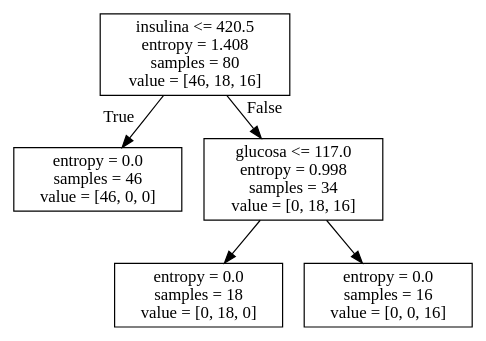
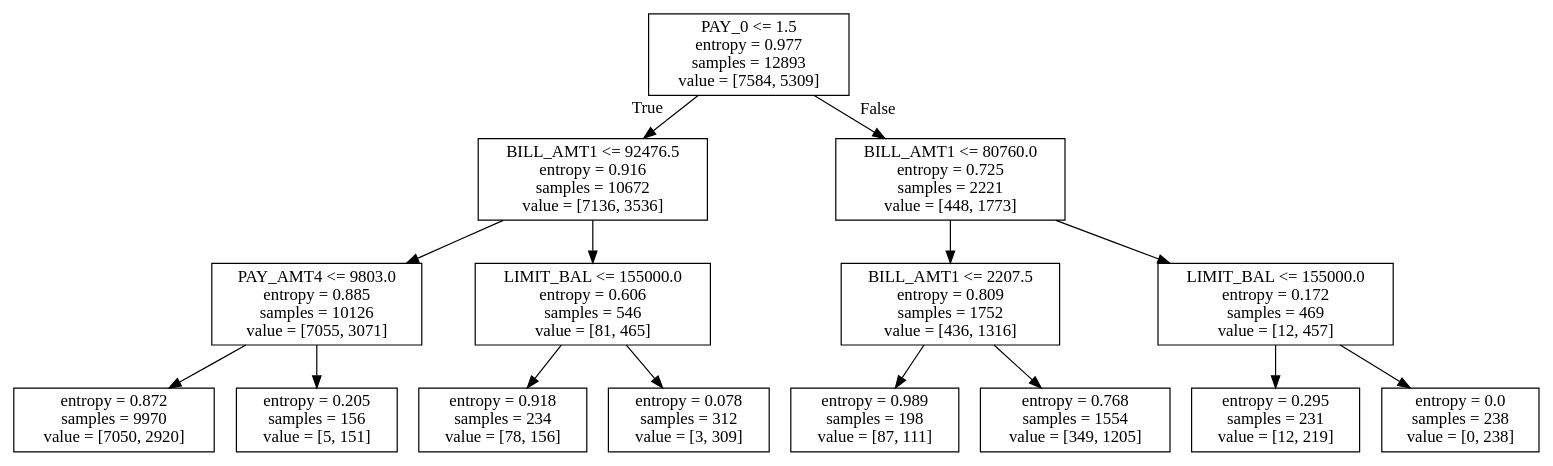
Before and after one commit to DiegoLeon23/SDC-PythonDataScience: the diagram in data/diabetes_dtree.dot, drawn with Graphviz. The commit also changed 5 other files, not shown here.

```diff
--- a/data/diabetes_dtree.dot
+++ b/data/diabetes_dtree.dot
@@ -1,12 +1,32 @@
 digraph Tree {
 node [shape=box] ;
-0 [label="insulina <= 420.5\nentropy = 1.408\nsamples = 80\nvalue = [46, 18, 16]"] ;
-1 [label="entropy = 0.0\nsamples = 46\nvalue = [46, 0, 0]"] ;
+0 [label="PAY_0 <= 1.5\nentropy = 0.977\nsamples = 12893\nvalue = [7584, 5309]"] ;
+1 [label="BILL_AMT1 <= 92476.5\nentropy = 0.916\nsamples = 10672\nvalue = [7136, 3536]"] ;
 0 -> 1 [labeldistance=2.5, labelangle=45, headlabel="True"] ;
-2 [label="glucosa <= 117.0\nentropy = 0.998\nsamples = 34\nvalue = [0, 18, 16]"] ;
-0 -> 2 [labeldistance=2.5, labelangle=-45, headlabel="False"] ;
-3 [label="entropy = 0.0\nsamples = 18\nvalue = [0, 18, 0]"] ;
+2 [label="PAY_AMT4 <= 9803.0\nentropy = 0.885\nsamples = 10126\nvalue = [7055, 3071]"] ;
+1 -> 2 ;
+3 [label="entropy = 0.872\nsamples = 9970\nvalue = [7050, 2920]"] ;
 2 -> 3 ;
-4 [label="entropy = 0.0\nsamples = 16\nvalue = [0, 0, 16]"] ;
+4 [label="entropy = 0.205\nsamples = 156\nvalue = [5, 151]"] ;
 2 -> 4 ;
+5 [label="LIMIT_BAL <= 155000.0\nentropy = 0.606\nsamples = 546\nvalue = [81, 465]"] ;
+1 -> 5 ;
+6 [label="entropy = 0.918\nsamples = 234\nvalue = [78, 156]"] ;
+5 -> 6 ;
+7 [label="entropy = 0.078\nsamples = 312\nvalue = [3, 309]"] ;
+5 -> 7 ;
+8 [label="BILL_AMT1 <= 80760.0\nentropy = 0.725\nsamples = 2221\nvalue = [448, 1773]"] ;
+0 -> 8 [labeldistance=2.5, labelangle=-45, headlabel="False"] ;
+9 [label="BILL_AMT1 <= 2207.5\nentropy = 0.809\nsamples = 1752\nvalue = [436, 1316]"] ;
+8 -> 9 ;
+10 [label="entropy = 0.989\nsamples = 198\nvalue = [87, 111]"] ;
+9 -> 10 ;
+11 [label="entropy = 0.768\nsamples = 1554\nvalue = [349, 1205]"] ;
+9 -> 11 ;
+12 [label="LIMIT_BAL <= 155000.0\nentropy = 0.172\nsamples = 469\nvalue = [12, 457]"] ;
+8 -> 12 ;
+13 [label="entropy = 0.295\nsamples = 231\nvalue = [12, 219]"] ;
+12 -> 13 ;
+14 [label="entropy = 0.0\nsamples = 238\nvalue = [0, 238]"] ;
+12 -> 14 ;
 }
```
